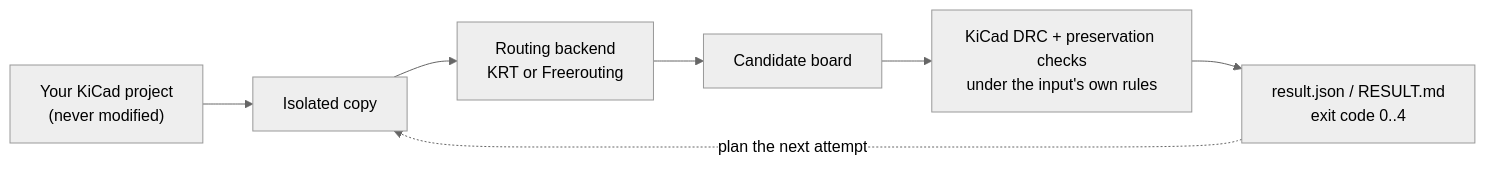
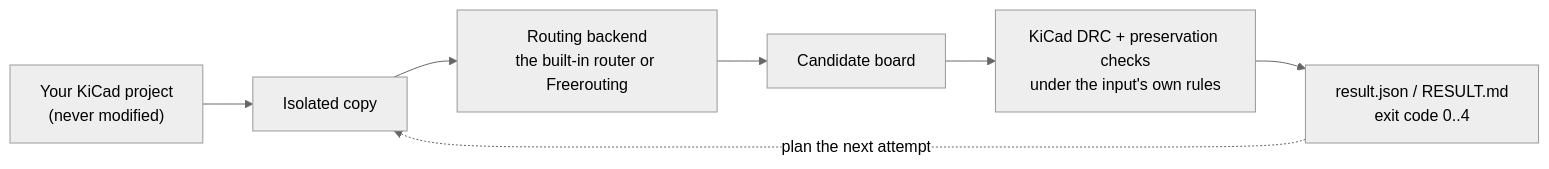
One commit to halbritt/kicad-route changed the diagram in docs/guide/README.md. Above: the diagram before and after it, drawn with Mermaid (neutral theme). The commit also changed 44 other files, not shown here.

Commit message:
Name the owned routing backend builtin (KICADROUTE-82)

````diff
--- a/docs/guide/README.md
+++ b/docs/guide/README.md
@@ -26,9 +26,9 @@
 ```mermaid
 flowchart LR
     P["Your KiCad project<br/>(never modified)"] --> S["Isolated copy"]
-    S --> B["Routing backend<br/>KRT or Freerouting"]
+    S --> B["Routing backend<br/>the built-in router or Freerouting"]
     B --> C["Candidate board"]
     C --> G["KiCad DRC + preservation checks<br/>under the input's own rules"]
     G --> R["result.json / RESULT.md<br/>exit code 0..4"]
     R -. "plan the next attempt" .-> S
 ```
````
